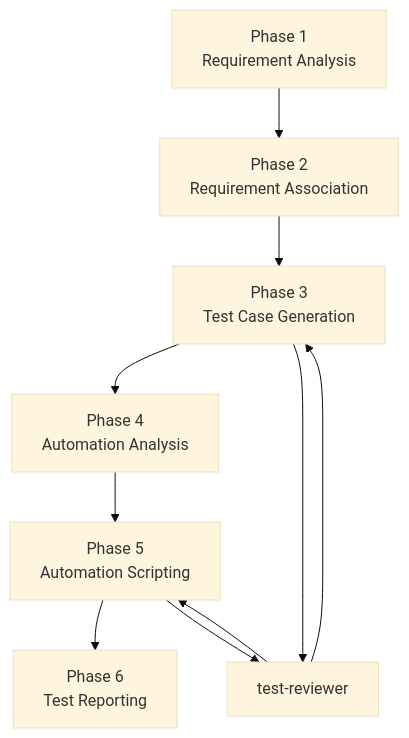
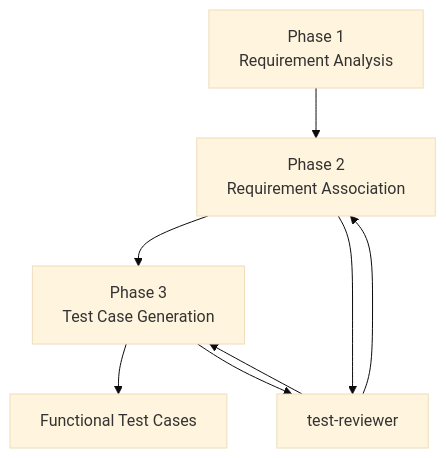
One commit to supertester-ai/supertester changed the first of 2 diagrams in README.md. Above: the diagram before and after it, drawn with Mermaid (base theme). The commit also changed other lines of this file and 20 other files, not shown here.

````diff
--- a/README.md
+++ b/README.md
@@ -61,12 +58,10 @@
 ```mermaid
 flowchart TD
     A["Phase 1<br/>Requirement Analysis"] --> B["Phase 2<br/>Requirement Association"]
     B --> C["Phase 3<br/>Test Case Generation"]
-    C --> D["Phase 4<br/>Automation Analysis"]
-    D --> E["Phase 5<br/>Automation Scripting"]
-    E --> F["Phase 6<br/>Test Reporting"]
-    C --> R["test-reviewer"]
-    E --> R
+    C --> D["Functional Test Cases"]
+    B --> R["test-reviewer"]
+    C --> R
+    R --> B
     R --> C
-    R --> E
 ```
````
